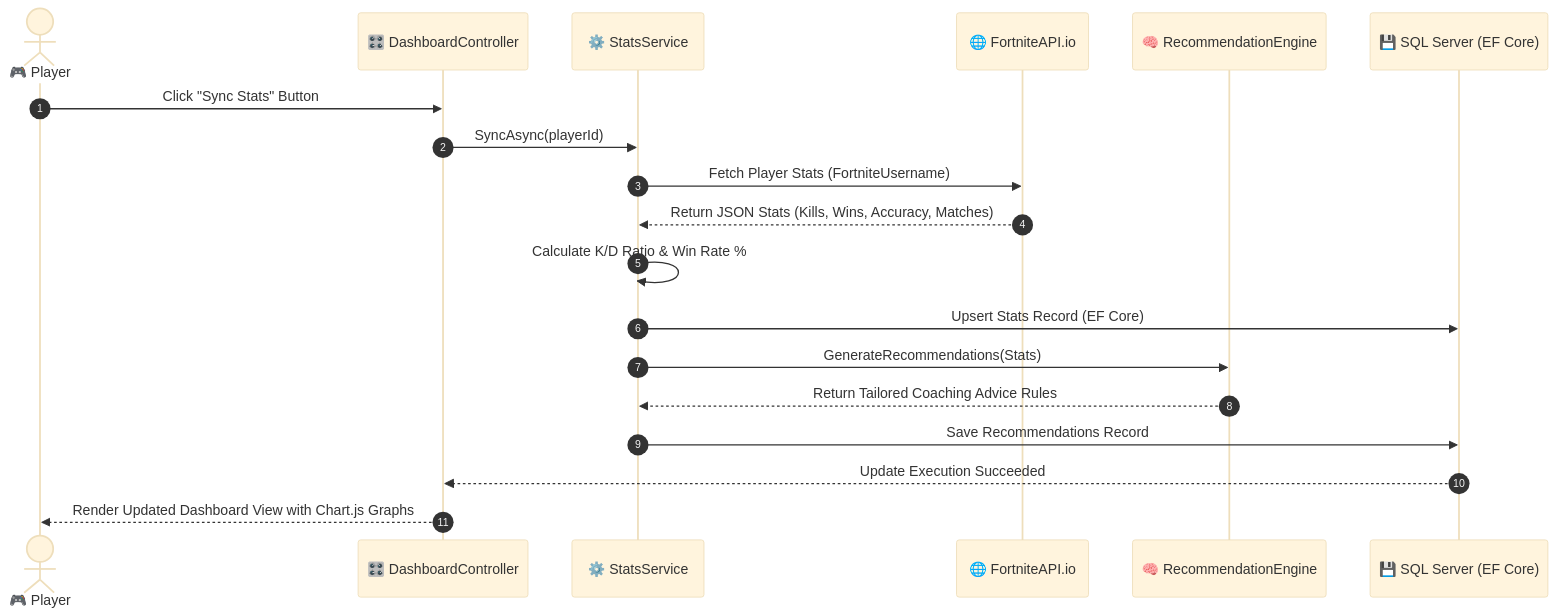
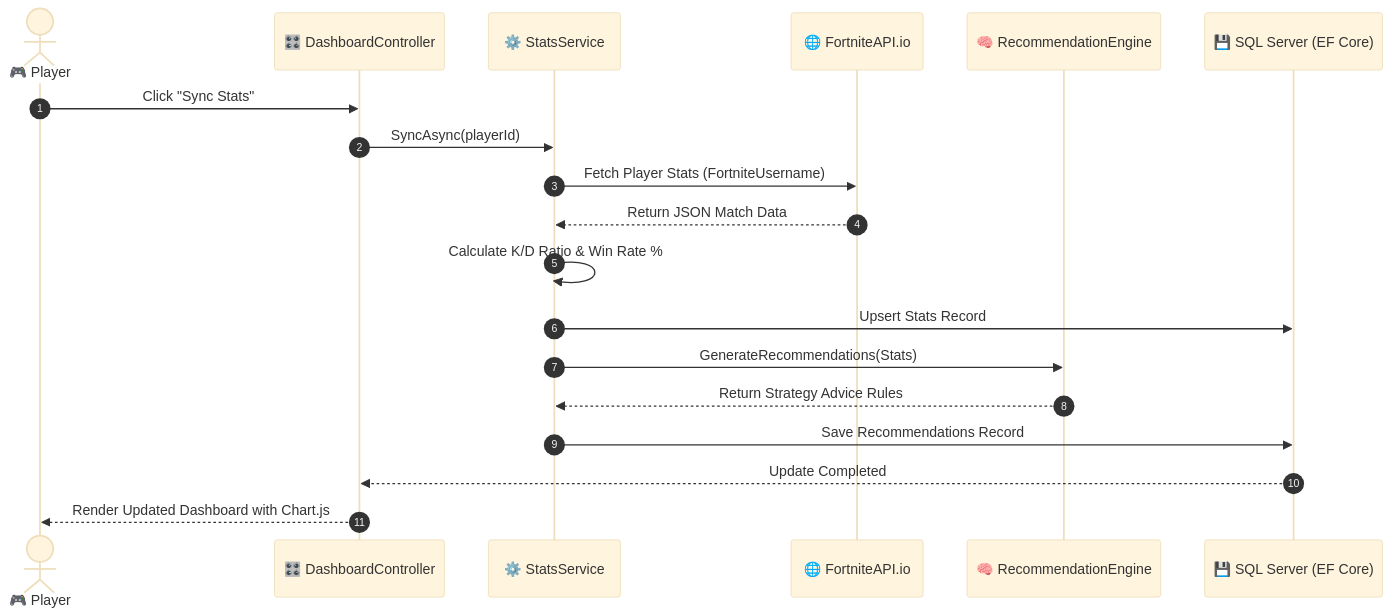
One commit to RaunakSachdeva2004/Fortnite-Performance-Dashboard changed the first of 3 diagrams in README.md. Above: the diagram before and after it, drawn with Mermaid (base theme). The commit also changed other lines of this file, not shown here.

````diff
--- a/README.md
+++ b/README.md
@@ -96,22 +96,22 @@
 ```mermaid
 sequenceDiagram
     autonumber
     actor Player as 🎮 Player
     participant Ctrl as 🎛️ DashboardController
     participant Service as ⚙️ StatsService
     participant API as 🌐 FortniteAPI.io
     participant AI as 🧠 RecommendationEngine
     participant DB as 💾 SQL Server (EF Core)
 
-    Player->>Ctrl: Click "Sync Stats" Button
+    Player->>Ctrl: Click "Sync Stats"
     Ctrl->>Service: SyncAsync(playerId)
     Service->>API: Fetch Player Stats (FortniteUsername)
-    API-->>Service: Return JSON Stats (Kills, Wins, Accuracy, Matches)
+    API-->>Service: Return JSON Match Data
     Service->>Service: Calculate K/D Ratio & Win Rate %
-    Service->>DB: Upsert Stats Record (EF Core)
+    Service->>DB: Upsert Stats Record
     Service->>AI: GenerateRecommendations(Stats)
-    AI-->>Service: Return Tailored Coaching Advice Rules
+    AI-->>Service: Return Strategy Advice Rules
     Service->>DB: Save Recommendations Record
-    DB-->>Ctrl: Update Execution Succeeded
-    Ctrl-->>Player: Render Updated Dashboard View with Chart.js Graphs
+    DB-->>Ctrl: Update Completed
+    Ctrl-->>Player: Render Updated Dashboard with Chart.js
 ```
````
